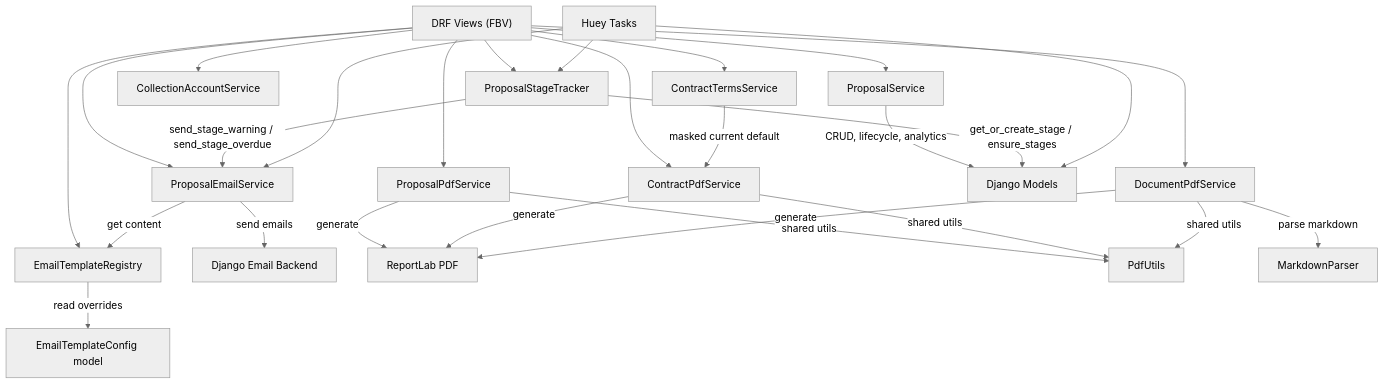
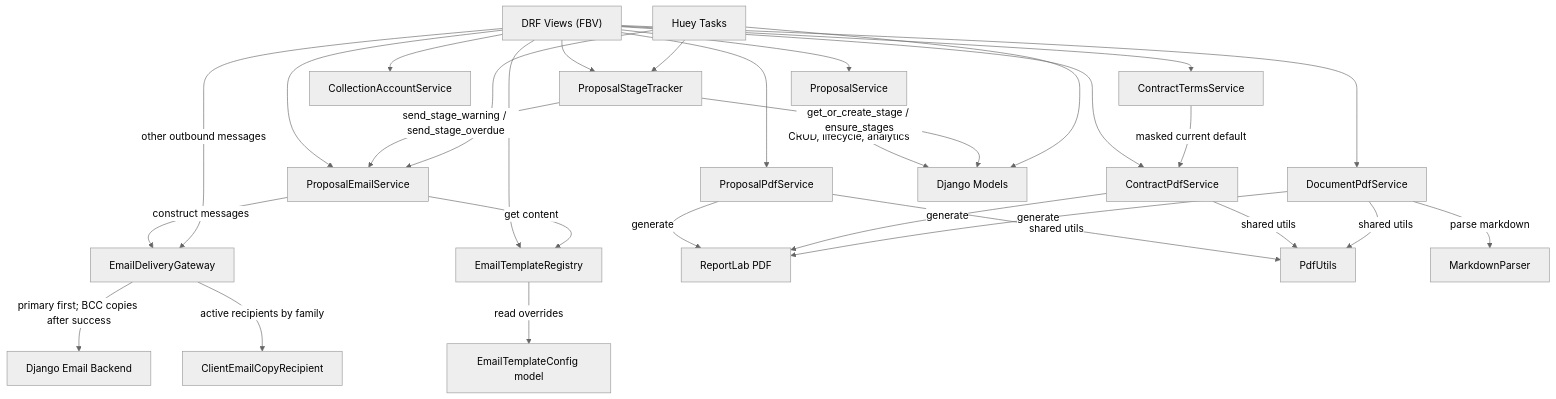
The fifth of 13 diagrams in docs/methodology/architecture.md (gustavop-dev/projectapp), drawn with Mermaid (neutral theme) before and after one commit. The commit also changed other lines of this file and 75 other files, not shown here.

First line of the commit message:
feat: centralize configurable client email copies (#252)

````diff
--- a/docs/methodology/architecture.md
+++ b/docs/methodology/architecture.md
@@ -219,31 +220,34 @@
 ```mermaid
 flowchart TD
     Views["DRF Views (FBV)"] --> PS["ProposalService"]
     Views --> PES["ProposalEmailService"]
     Views --> PPDF["ProposalPdfService"]
     Views --> CPDF["ContractPdfService"]
     Views --> CTS["ContractTermsService"]
     Views --> ETR["EmailTemplateRegistry"]
     Views --> DPS["DocumentPdfService"]
     Views --> CAS["CollectionAccountService"]
     Views --> PST["ProposalStageTracker"]
 
     PS -->|CRUD, lifecycle, analytics| Models["Django Models"]
-    PES -->|send emails| SMTP["Django Email Backend"]
+    PES -->|construct messages| EDG["EmailDeliveryGateway"]
+    Views -->|other outbound messages| EDG
+    EDG -->|primary first; BCC copies after success| SMTP["Django Email Backend"]
+    EDG -->|active recipients by family| CECR["ClientEmailCopyRecipient"]
     PES -->|get content| ETR
     PST -->|get_or_create_stage / ensure_stages| Models
     PST -->|send_stage_warning / send_stage_overdue| PES
     PPDF -->|generate| ReportLab["ReportLab PDF"]
     PPDF -->|shared utils| PU["PdfUtils"]
     CPDF -->|generate| ReportLab
     CPDF -->|shared utils| PU
     CTS -->|masked current default| CPDF
     DPS -->|generate| ReportLab
     DPS -->|shared utils| PU
     DPS -->|parse markdown| MP["MarkdownParser"]
     ETR -->|read overrides| ETC["EmailTemplateConfig model"]
 
     HueyTasks["Huey Tasks"] --> PES
     HueyTasks --> PST
     HueyTasks --> Models
 ```
````
